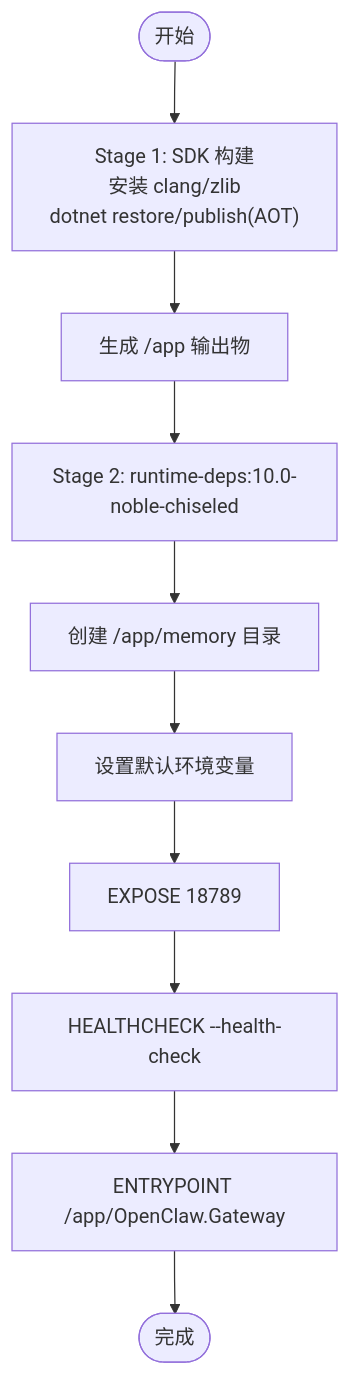
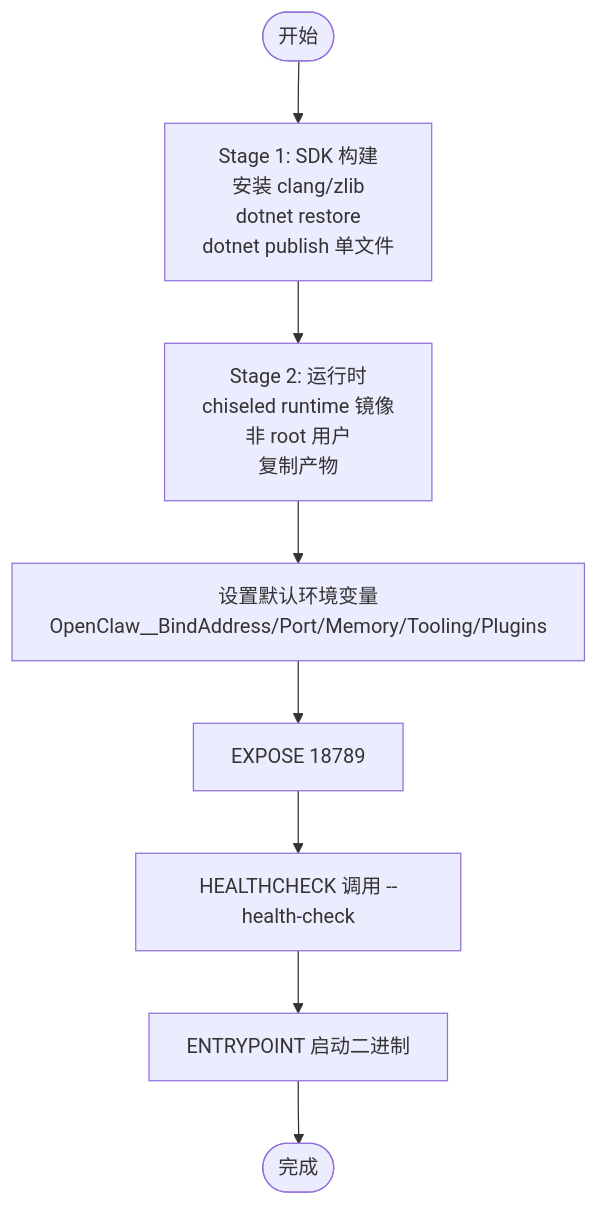
The third of 6 diagrams in .qoder/repowiki/zh/content/部署指南/Docker 部署.md (wayyet/kingcrab), drawn with Mermaid before and after one commit. The commit also changed other lines of this file and 173 other files, not shown here.

````diff
--- a/.qoder/repowiki/zh/content/部署指南/Docker 部署.md
+++ b/.qoder/repowiki/zh/content/部署指南/Docker 部署.md
@@ -130,12 +140,10 @@
 ```mermaid
 flowchart TD
-Start(["开始"]) --> Build["Stage 1: SDK 构建<br/>安装 clang/zlib<br/>dotnet restore/publish(AOT)"]
-Build --> StageOut["生成 /app 输出物"]
-StageOut --> Runtime["Stage 2: runtime-deps:10.0-noble-chiseled"]
-Runtime --> Prepare["创建 /app/memory 目录"]
-Prepare --> Env["设置默认环境变量"]
-Env --> Expose["EXPOSE 18789"]
-Expose --> Health["HEALTHCHECK --health-check"]
-Health --> Entry["ENTRYPOINT /app/OpenClaw.Gateway"]
-Entry --> End(["完成"])
+Start(["开始"]) --> S1["Stage 1: SDK 构建<br/>安装 clang/zlib<br/>dotnet restore<br/>dotnet publish 单文件"]
+S1 --> S2["Stage 2: 运行时<br/>chiseled runtime 镜像<br/>非 root 用户<br/>复制产物"]
+S2 --> Env["设置默认环境变量<br/>OpenClaw__BindAddress/Port/Memory/Tooling/Plugins"]
+Env --> Port["EXPOSE 18789"]
+Port --> Health["HEALTHCHECK 调用 --health-check"]
+Health --> Entrypoint["ENTRYPOINT 启动二进制"]
+Entrypoint --> End(["完成"])
 ```
````
